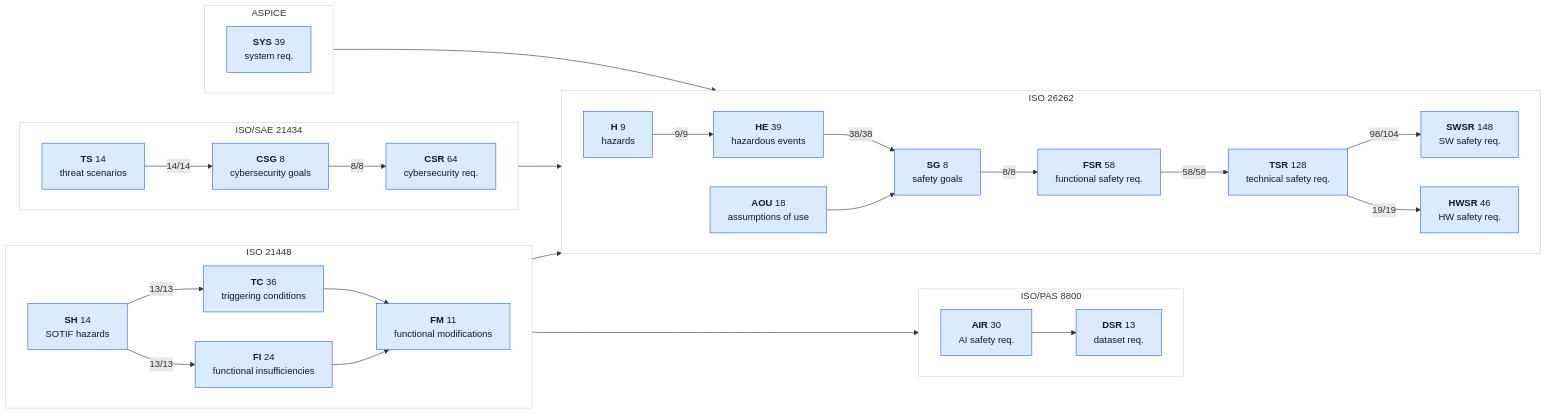
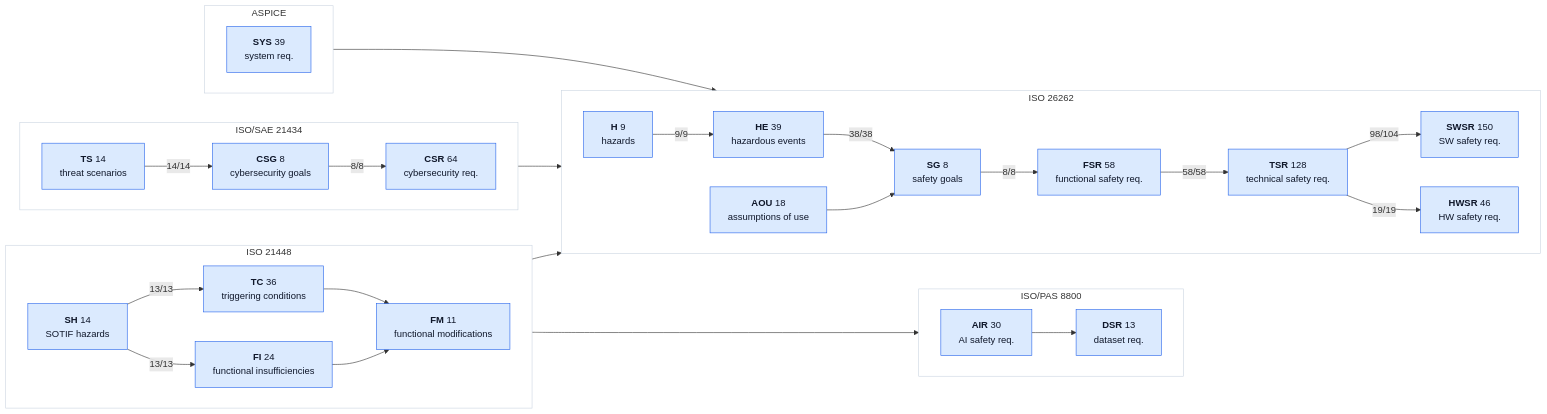
The second of 2 diagrams in assurance/trace/maps/aspice-trace-map.md (jherrodthomas/LionDriver), drawn with Mermaid before and after one commit. The commit also changed other lines of this file and 23 other files, not shown here.

````diff
--- a/assurance/trace/maps/aspice-trace-map.md
+++ b/assurance/trace/maps/aspice-trace-map.md
@@ -188,61 +188,61 @@
 ```mermaid
 flowchart LR
   subgraph ISO26262["ISO 26262"]
     direction LR
     kH["<b>H</b> 9<br/>hazards"]:::traced
     kHE["<b>HE</b> 39<br/>hazardous events"]:::traced
     kSG["<b>SG</b> 8<br/>safety goals"]:::traced
     kFSR["<b>FSR</b> 58<br/>functional safety req."]:::traced
     kTSR["<b>TSR</b> 128<br/>technical safety req."]:::traced
-    kSWSR["<b>SWSR</b> 148<br/>SW safety req."]:::traced
+    kSWSR["<b>SWSR</b> 150<br/>SW safety req."]:::traced
     kHWSR["<b>HWSR</b> 46<br/>HW safety req."]:::traced
     kAOU["<b>AOU</b> 18<br/>assumptions of use"]:::traced
   end
   style ISO26262 fill:#FFFFFF,stroke:#CBD5E1
   subgraph ISO21448["ISO 21448"]
     direction LR
     kSH["<b>SH</b> 14<br/>SOTIF hazards"]:::traced
     kTC["<b>TC</b> 36<br/>triggering conditions"]:::traced
     kFI["<b>FI</b> 24<br/>functional insufficiencies"]:::traced
     kFM["<b>FM</b> 11<br/>functional modifications"]:::traced
   end
   style ISO21448 fill:#FFFFFF,stroke:#CBD5E1
   subgraph ISOPAS8800["ISO/PAS 8800"]
     direction LR
     kAIR["<b>AIR</b> 30<br/>AI safety req."]:::traced
     kDSR["<b>DSR</b> 13<br/>dataset req."]:::traced
   end
   style ISOPAS8800 fill:#FFFFFF,stroke:#CBD5E1
   subgraph ISOSAE21434["ISO/SAE 21434"]
     direction LR
     kTS["<b>TS</b> 14<br/>threat scenarios"]:::traced
     kCSG["<b>CSG</b> 8<br/>cybersecurity goals"]:::traced
     kCSR["<b>CSR</b> 64<br/>cybersecurity req."]:::traced
   end
   style ISOSAE21434 fill:#FFFFFF,stroke:#CBD5E1
   subgraph ASPICE["ASPICE"]
     direction LR
     kSYS["<b>SYS</b> 39<br/>system req."]:::traced
   end
   style ASPICE fill:#FFFFFF,stroke:#CBD5E1
   kH -->|"9/9"| kHE
   kHE -->|"38/38"| kSG
   kSG -->|"8/8"| kFSR
   kFSR -->|"58/58"| kTSR
   kTSR -->|"98/104"| kSWSR
   kTSR -->|"19/19"| kHWSR
   kAOU --> kSG
   kSH -->|"13/13"| kTC
   kSH -->|"13/13"| kFI
   kTC --> kFM
   kFI --> kFM
   kSH --> kH
   kFI --> kAIR
   kAIR --> kDSR
   kTS -->|"14/14"| kCSG
   kCSG -->|"8/8"| kCSR
   kCSG --> kSG
   kSYS --> kTSR
   classDef traced fill:#DBEAFE,stroke:#2563EB,color:#0F172A
   classDef doc fill:#F1F5F9,stroke:#94A3B8,stroke-dasharray:4 3,color:#475569
 ```
````
